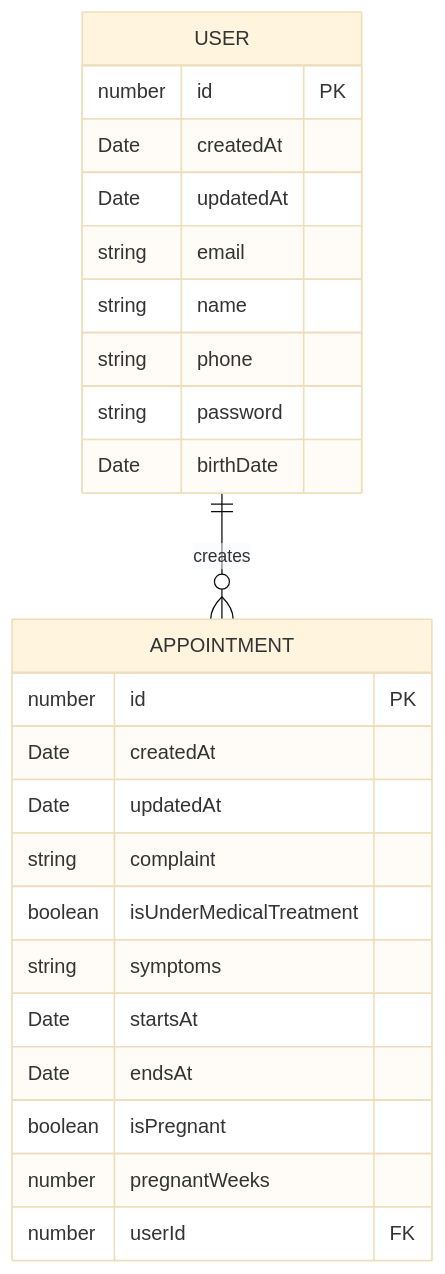
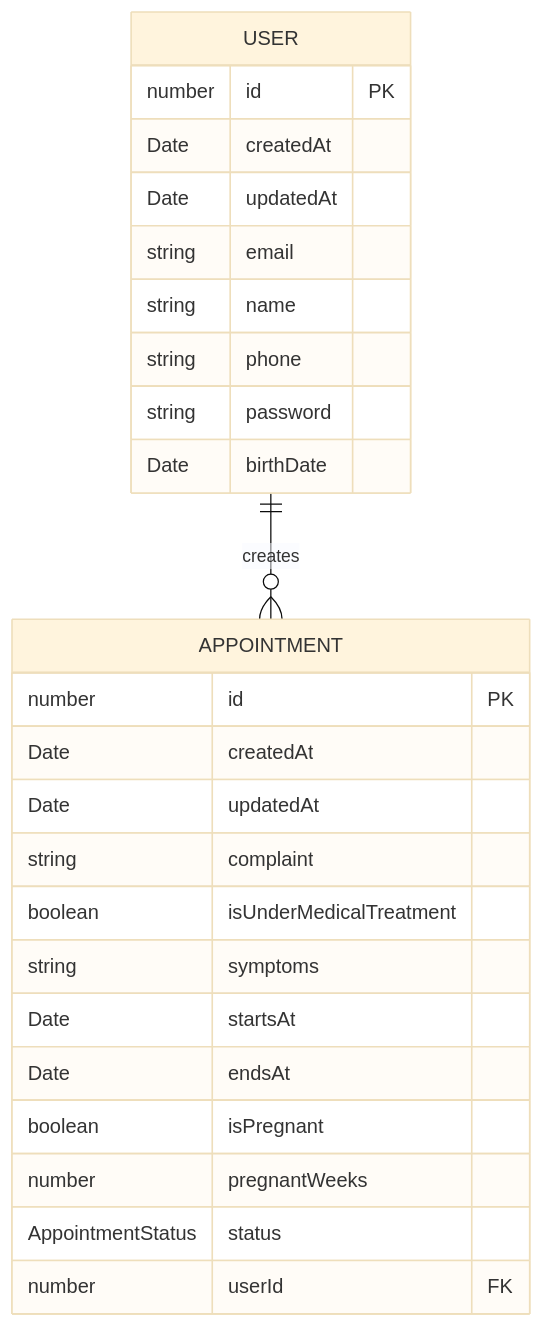
Before and after one commit to leonardodimarchi/massage-therapy-api: the first of 2 diagrams in README.md, drawn with Mermaid. The commit also changed other lines of this file, not shown here.

Commit message:
docs(README): adding status field at the appointment

````diff
--- a/README.md
+++ b/README.md
@@ -5,32 +5,33 @@
 ```mermaid
 %%{init: {'theme':'base'}}%%
 erDiagram
     USER ||--o{ APPOINTMENT : creates
     USER {
         number id PK
         Date createdAt
         Date updatedAt
 
         string email
         string name
         string phone
         string password
         Date birthDate
     }
 
     APPOINTMENT {
         number id PK
         Date createdAt
         Date updatedAt
 
         string complaint
         boolean isUnderMedicalTreatment
         string symptoms
         Date startsAt
         Date endsAt
         boolean isPregnant
         number pregnantWeeks
+        AppointmentStatus status
 
         number userId FK
     }
 ```
````
